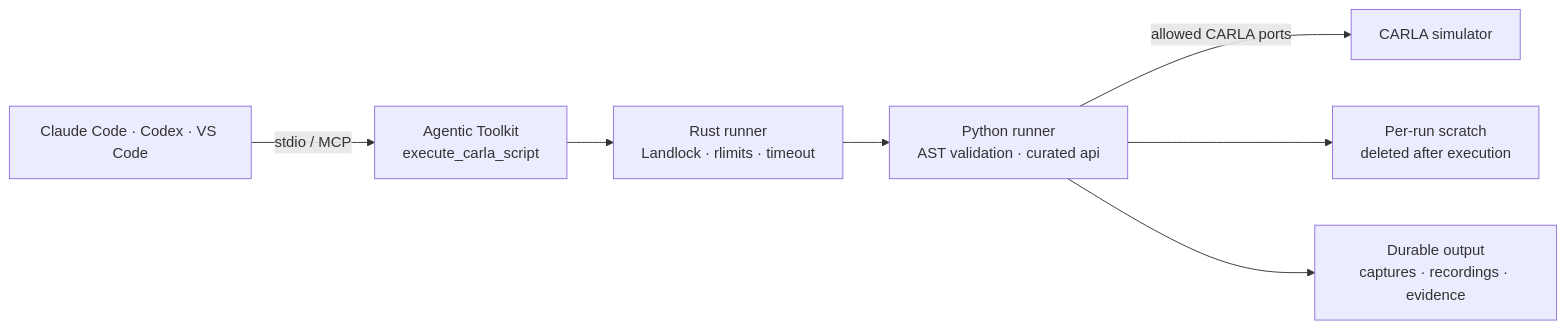
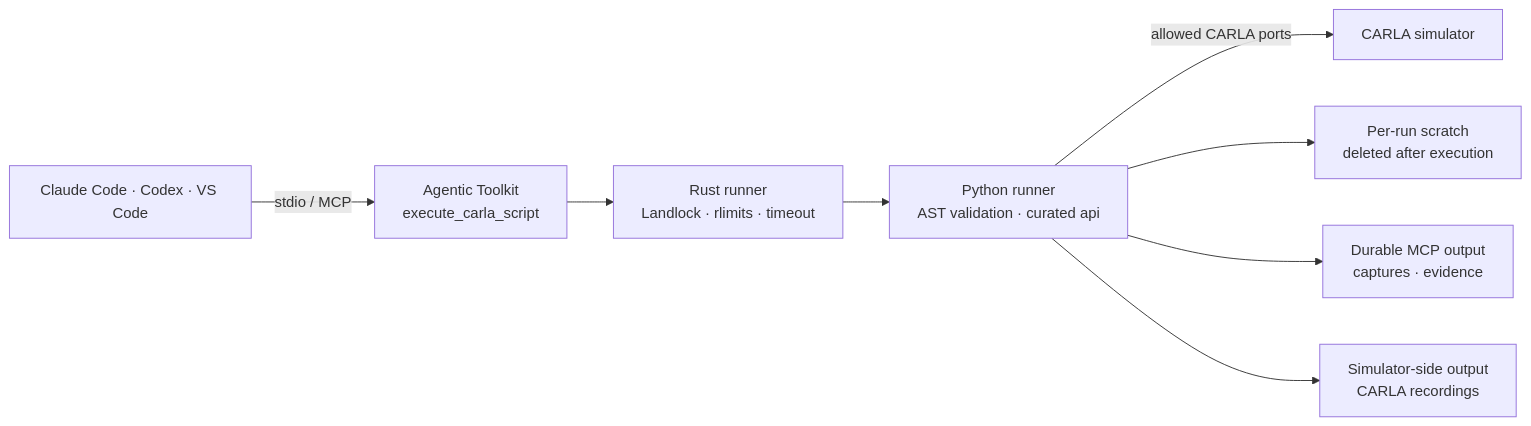
The diagram in README.md (sidkolapalli/carla-agentic-toolkit), drawn with Mermaid before and after one commit. The commit also changed other lines of this file and 9 other files, not shown here.

Commit message:
Honor CARLA recorder path acceptance across hosts (closes #21)

````diff
--- a/README.md
+++ b/README.md
@@ -201,9 +201,10 @@
 ```mermaid
 flowchart LR
     Client["Claude Code · Codex · VS Code"] -->|stdio / MCP| Server["Agentic Toolkit<br/>execute_carla_script"]
     Server --> Runner["Rust runner<br/>Landlock · rlimits · timeout"]
     Runner --> Guard["Python runner<br/>AST validation · curated api"]
     Guard -->|allowed CARLA ports| Carla["CARLA simulator"]
     Guard --> Scratch["Per-run scratch<br/>deleted after execution"]
-    Guard --> Output["Durable output<br/>captures · recordings · evidence"]
+    Guard --> Output["Durable MCP output<br/>captures · evidence"]
+    Guard --> Recorder["Simulator-side output<br/>CARLA recordings"]
 ```
````
